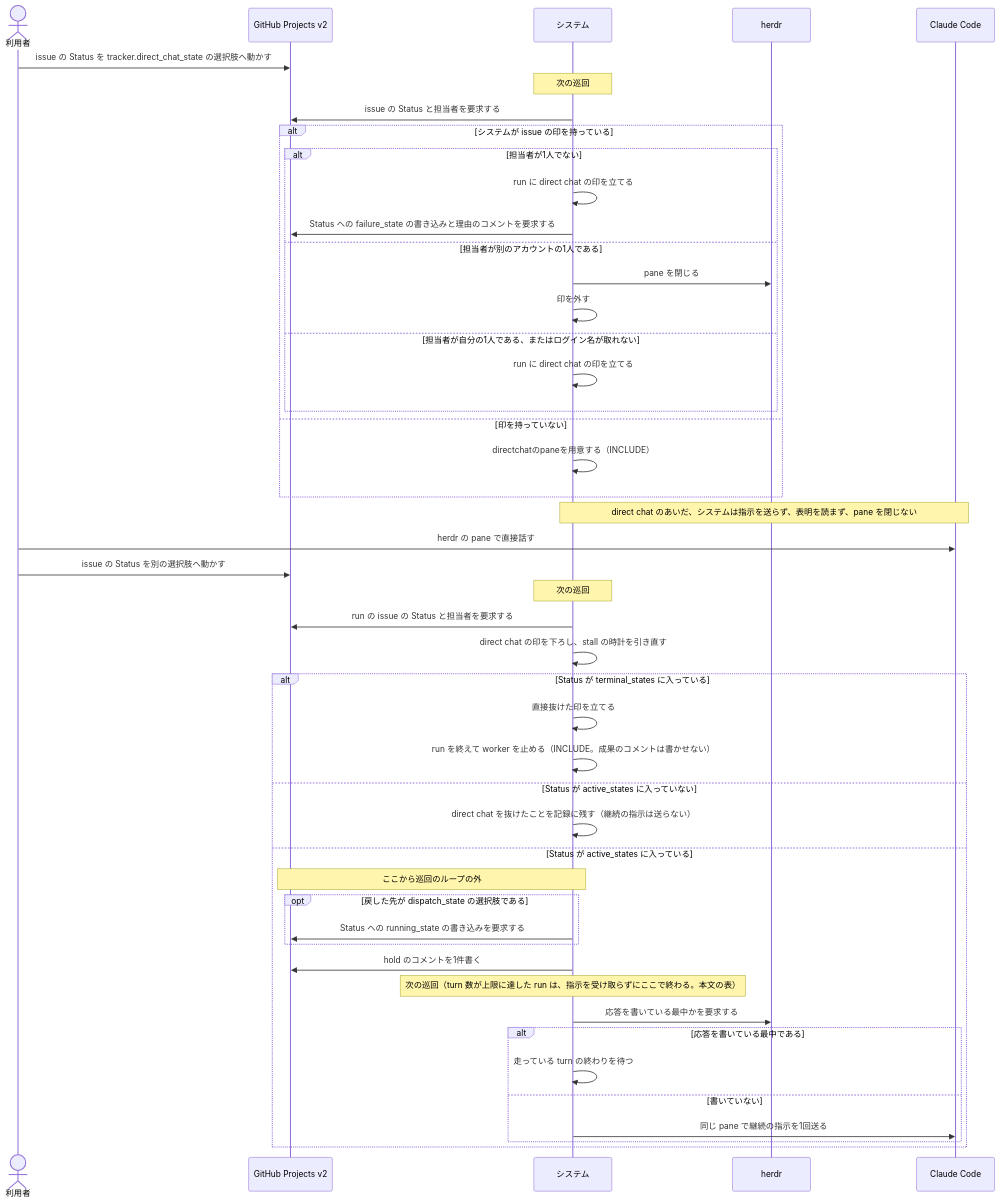
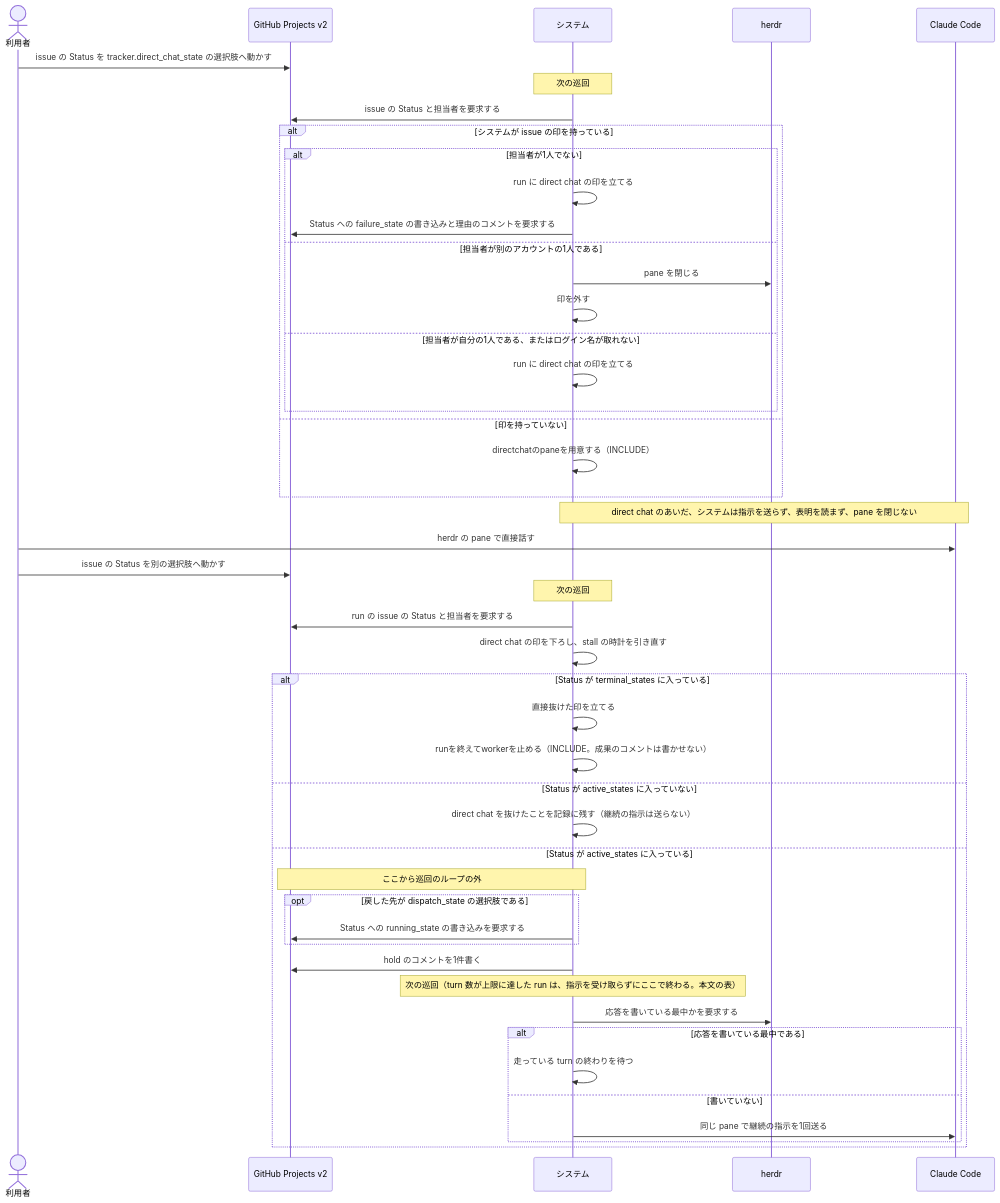
One commit to maimuzo/continuo changed the second of 2 diagrams in docs/spec/usecases/particular_case/人間がpaneに入って直接続ける.rucm.md. Above: the diagram before and after it, drawn with Mermaid. The commit also changed other lines of this file and 220 other files, not shown here.

````diff
--- a/docs/spec/usecases/particular_case/人間がpaneに入って直接続ける.rucm.md
+++ b/docs/spec/usecases/particular_case/人間がpaneに入って直接続ける.rucm.md
@@ -276,50 +276,50 @@
 ```mermaid
 sequenceDiagram
     actor 利用者
     participant GitHub as GitHub Projects v2
     participant システム
     participant herdr
     participant CC as Claude Code
 
     利用者->>GitHub: issue の Status を tracker.direct_chat_state の選択肢へ動かす
     Note over システム: 次の巡回
     システム->>GitHub: issue の Status と担当者を要求する
     alt システムが issue の印を持っている
         alt 担当者が1人でない
             システム->>システム: run に direct chat の印を立てる
             システム->>GitHub: Status への failure_state の書き込みと理由のコメントを要求する
         else 担当者が別のアカウントの1人である
             システム->>herdr: pane を閉じる
             システム->>システム: 印を外す
         else 担当者が自分の1人である、またはログイン名が取れない
             システム->>システム: run に direct chat の印を立てる
         end
     else 印を持っていない
         システム->>システム: directchatのpaneを用意する（INCLUDE）
     end
     Note over システム,CC: direct chat のあいだ、システムは指示を送らず、表明を読まず、pane を閉じない
     利用者->>CC: herdr の pane で直接話す
     利用者->>GitHub: issue の Status を別の選択肢へ動かす
     Note over システム: 次の巡回
     システム->>GitHub: run の issue の Status と担当者を要求する
     システム->>システム: direct chat の印を下ろし、stall の時計を引き直す
     alt Status が terminal_states に入っている
         システム->>システム: 直接抜けた印を立てる
-        システム->>システム: run を終えて worker を止める（INCLUDE。成果のコメントは書かせない）
+        システム->>システム: runを終えてworkerを止める（INCLUDE。成果のコメントは書かせない）
     else Status が active_states に入っていない
         システム->>システム: direct chat を抜けたことを記録に残す（継続の指示は送らない）
     else Status が active_states に入っている
         Note over システム,GitHub: ここから巡回のループの外
         opt 戻した先が dispatch_state の選択肢である
             システム->>GitHub: Status への running_state の書き込みを要求する
         end
         システム->>GitHub: hold のコメントを1件書く
         Note over システム: 次の巡回（turn 数が上限に達した run は、指示を受け取らずにここで終わる。本文の表）
         システム->>herdr: 応答を書いている最中かを要求する
         alt 応答を書いている最中である
             システム->>システム: 走っている turn の終わりを待つ
         else 書いていない
             システム->>CC: 同じ pane で継続の指示を1回送る
         end
     end
 ```
````
